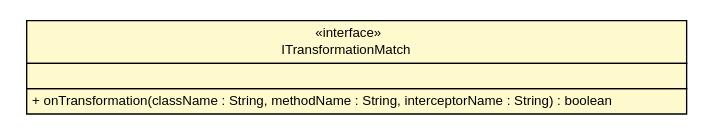
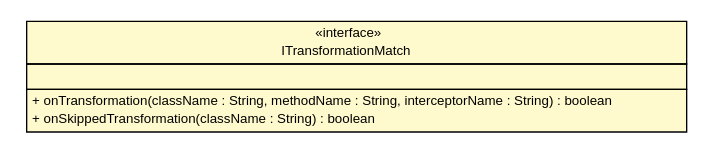
Before and after one commit to qldong/java-sdk: the diagram in application-agent-api/ApplicationAgentAPIJavadocs/com/appdynamics/apm/appagent/api/debug/ITransformationMatch.dot, drawn with Graphviz. The commit also changed 49 other files, not shown here.

```diff
--- a/application-agent-api/ApplicationAgentAPIJavadocs/com/appdynamics/apm/appagent/api/debug/ITransformationMatch.dot
+++ b/application-agent-api/ApplicationAgentAPIJavadocs/com/appdynamics/apm/appagent/api/debug/ITransformationMatch.dot
@@ -1,25 +1,26 @@
 #!/usr/local/bin/dot
 #
 # Class diagram 
 # Generated by UMLGraph version 5.4 (http://www.umlgraph.org/)
 #
 
 digraph G {
 	edge [fontname="Helvetica",fontsize=10,labelfontname="Helvetica",labelfontsize=10];
 	node [fontname="Helvetica",fontsize=10,shape=plaintext];
 	nodesep=0.25;
 	ranksep=0.5;
 	// com.appdynamics.apm.appagent.api.debug.ITransformationMatch
-	c35 [label=<<table title="com.appdynamics.apm.appagent.api.debug.ITransformationMatch" border="0" cellborder="1" cellspacing="0" cellpadding="2" port="p" bgcolor="lemonChiffon" href="./ITransformationMatch.html">
+	c96 [label=<<table title="com.appdynamics.apm.appagent.api.debug.ITransformationMatch" border="0" cellborder="1" cellspacing="0" cellpadding="2" port="p" bgcolor="lemonChiffon" href="./ITransformationMatch.html">
 		<tr><td><table border="0" cellspacing="0" cellpadding="1">
 <tr><td align="center" balign="center"> &#171;interface&#187; </td></tr>
 <tr><td align="center" balign="center"> ITransformationMatch </td></tr>
 		</table></td></tr>
 		<tr><td><table border="0" cellspacing="0" cellpadding="1">
 <tr><td align="left" balign="left">  </td></tr>
 		</table></td></tr>
 		<tr><td><table border="0" cellspacing="0" cellpadding="1">
 <tr><td align="left" balign="left"> + onTransformation(className : String, methodName : String, interceptorName : String) : boolean </td></tr>
+<tr><td align="left" balign="left"> + onSkippedTransformation(className : String) : boolean </td></tr>
 		</table></td></tr>
 		</table>>, URL="./ITransformationMatch.html", fontname="Helvetica", fontcolor="black", fontsize=10.0];
 }
```
